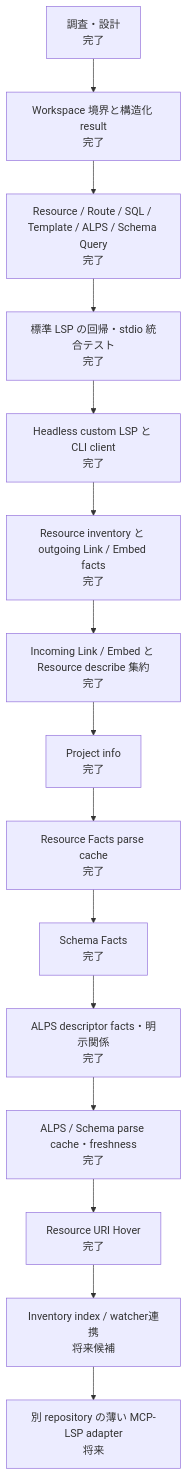
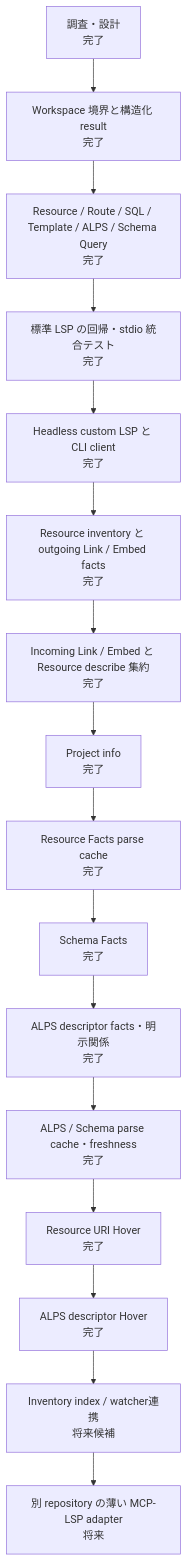
Before and after one commit to suzumaze/bear-phpactor-extension: the second of 2 diagrams in docs/semantic-lsp-progress.ja.md, drawn with Mermaid. The commit also changed other lines of this file and 9 other files, not shown here.

Commit message:
feat: expose ALPS facts through standard hover

````diff
--- a/docs/semantic-lsp-progress.ja.md
+++ b/docs/semantic-lsp-progress.ja.md
@@ -31,20 +31,21 @@
 ```mermaid
 flowchart TD
     p0["調査・設計\n完了"]
     p1["Workspace 境界と構造化 result\n完了"]
     p2["Resource / Route / SQL / Template / ALPS / Schema Query\n完了"]
     p3["標準 LSP の回帰・stdio 統合テスト\n完了"]
     p4["Headless custom LSP と CLI client\n完了"]
     p5["Resource inventory と outgoing Link / Embed facts\n完了"]
     p6["Incoming Link / Embed と Resource describe 集約\n完了"]
     p7["Project info\n完了"]
     p75["Resource Facts parse cache\n完了"]
     p76["Schema Facts\n完了"]
     p77["ALPS descriptor facts・明示関係\n完了"]
     p78["ALPS / Schema parse cache・freshness\n完了"]
     p79["Resource URI Hover\n完了"]
-    p80["Inventory index / watcher連携\n将来候補"]
+    p80["ALPS descriptor Hover\n完了"]
+    p81["Inventory index / watcher連携\n将来候補"]
     p8["別 repository の薄い MCP-LSP adapter\n将来"]
 
-    p0 --> p1 --> p2 --> p3 --> p4 --> p5 --> p6 --> p7 --> p75 --> p76 --> p77 --> p78 --> p79 --> p80 --> p8
+    p0 --> p1 --> p2 --> p3 --> p4 --> p5 --> p6 --> p7 --> p75 --> p76 --> p77 --> p78 --> p79 --> p80 --> p81 --> p8
 ```
````
